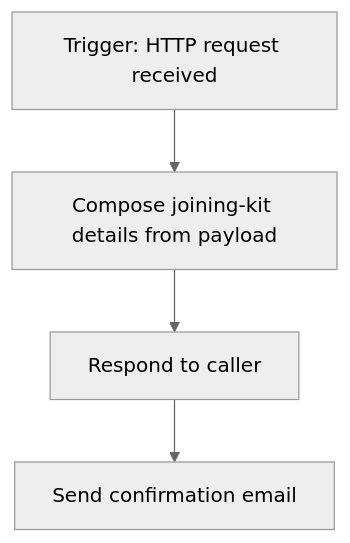
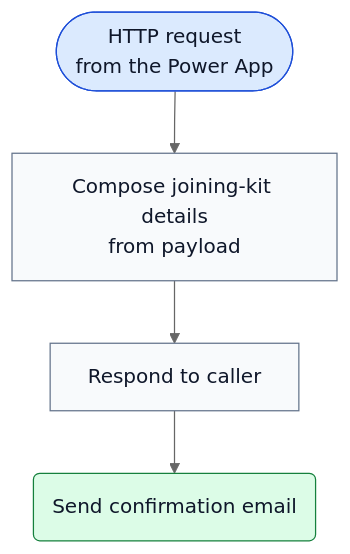
Before and after one commit to siddhantsingh2861/enterprise-HRMS-power-platform: the diagram in docs/diagrams/capture-joining-kit.mmd, drawn with Mermaid (neutral theme).

```diff
--- a/docs/diagrams/capture-joining-kit.mmd
+++ b/docs/diagrams/capture-joining-kit.mmd
@@ -1,4 +1,11 @@
 flowchart TD
-    T["Trigger: HTTP request received"] --> C["Compose joining-kit details from payload"]
-    C --> RS["Respond to caller"]
-    RS --> E["Send confirmation email"]
+    T(["HTTP request<br/>from the Power App"]):::trigger --> C["Compose joining-kit details<br/>from payload"]:::action
+    C --> RS["Respond to caller"]:::action
+    RS --> E("Send confirmation email"):::notify
+
+    classDef trigger fill:#dbeafe,stroke:#1d4ed8,color:#0f172a
+    classDef decision fill:#fef3c7,stroke:#b45309,color:#0f172a
+    classDef action fill:#f8fafc,stroke:#64748b,color:#0f172a
+    classDef data fill:#ede9fe,stroke:#6d28d9,color:#0f172a
+    classDef notify fill:#dcfce7,stroke:#15803d,color:#0f172a
+    classDef noop fill:#ffffff,stroke:#94a3b8,stroke-dasharray:4 3,color:#64748b
```
